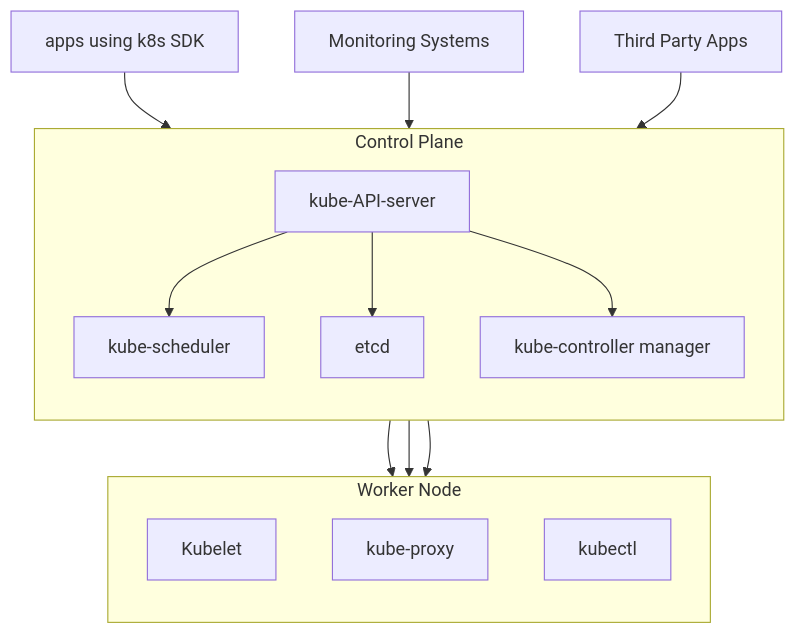
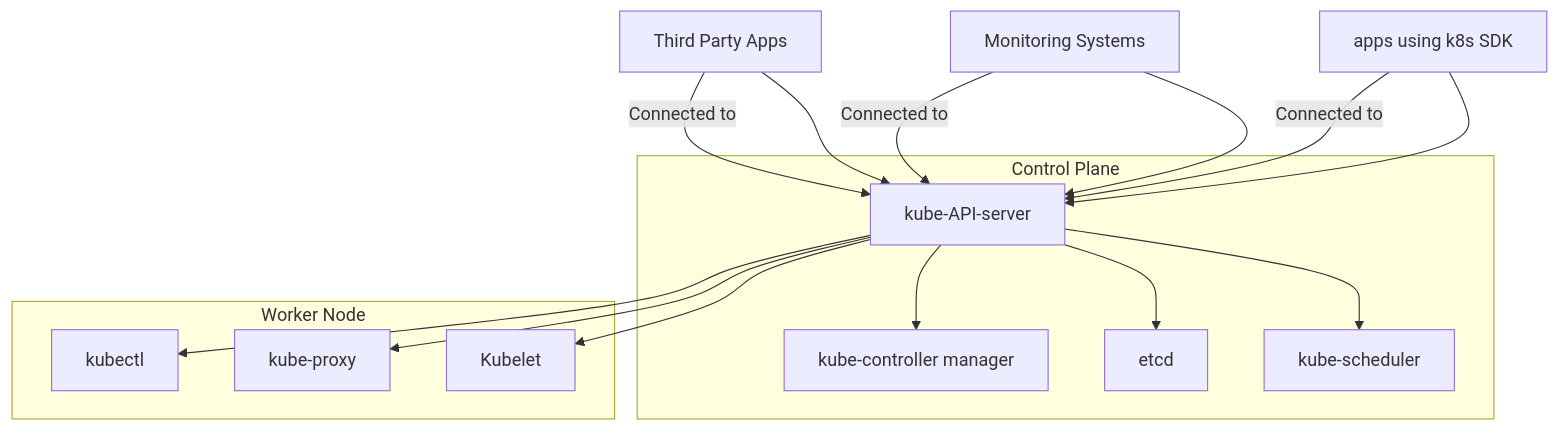
The first of 2 diagrams in Architecture_Overview.md (007chiragshah/tucana), drawn with Mermaid before and after one commit.

````diff
--- a/Architecture_Overview.md
+++ b/Architecture_Overview.md
@@ -20,28 +20,31 @@
   ```mermaid 
   graph TD
     subgraph "Control Plane" 
-        direction TB
         A[kube-API-server]
         B[kube-scheduler]
         D[etcd]
         E[kube-controller manager]
     end
 
     subgraph "Worker Node" 
-        direction TB
         F[Kubelet]
         G[kube-proxy]
         H[kubectl]
     end
 
     A --> B
     A --> D
     A --> E
     A --> F
     A --> G
     A --> H
 
     J[apps using k8s SDK] --> A
     K[Monitoring Systems] --> A
     L[Third Party Apps] --> A
+
+    %% Other Apps below both Control Plane and Worker Node
+    J -->|Connected to| A
+    K -->|Connected to| A
+    L -->|Connected to| A
   ```
````
